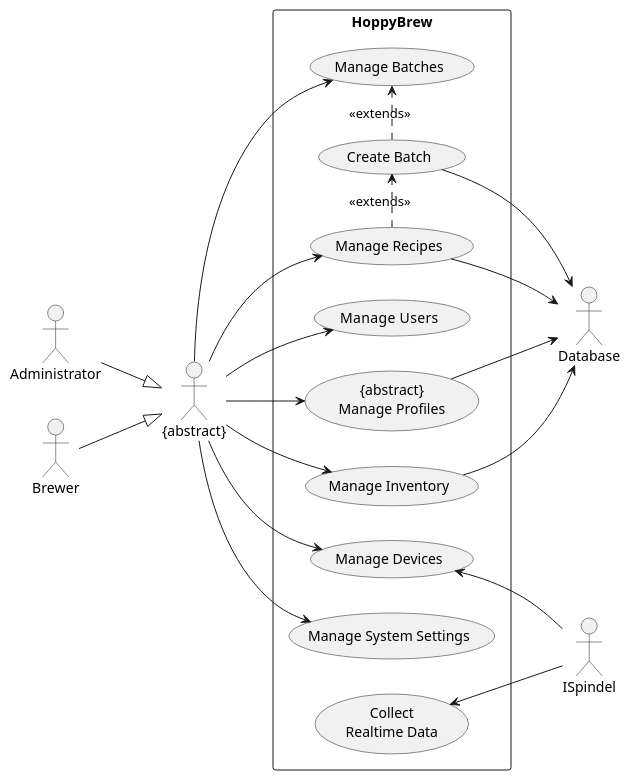
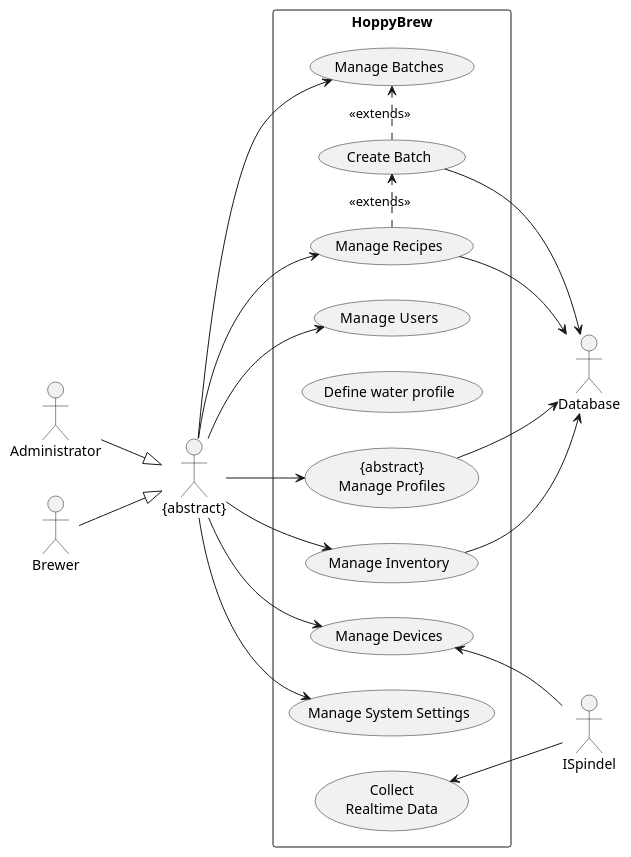
One commit to asbor/iu-project-software-engineering changed the diagram in documents/01-Conception-Phase/plantuml/Use-Case-Diagram-HoppyBrew.puml. Above: the diagram before and after it, drawn with PlantUML. The commit also changed 6 other files, not shown here.

```diff
--- a/documents/01-Conception-Phase/plantuml/Use-Case-Diagram-HoppyBrew.puml
+++ b/documents/01-Conception-Phase/plantuml/Use-Case-Diagram-HoppyBrew.puml
@@ -1,48 +1,48 @@
 @startuml
 
 left to right direction
 
 actor Administrator as Admin
 actor Brewer as Brewer
 actor Database as DB
 actor ISpindel as ISpindel
 actor "{abstract}" as AbstractUser
 
 Admin --|> AbstractUser
 Brewer --|> AbstractUser
 
 rectangle "HoppyBrew" as HoppyBrew {
     usecase "Manage  Users" as ManageUsers
     usecase "Manage Recipes" as ManageRecipes
+    usecase "Define water profile" as DefineWaterProfile
     usecase "Create Batch" as CreateBatch
     usecase "Manage Batches" as ManageBatches
     usecase "{abstract}\nManage Profiles" as ManageProfiles
     usecase "Manage Devices" as ManageDevices
     usecase "Manage Inventory" as ManageInventory
     usecase "Manage System Settings" as ManageSystemSettings
     usecase "Collect\nRealtime Data" as CollectRealtimeData
-
 
     AbstractUser --> ManageUsers
     AbstractUser --> ManageRecipes
     AbstractUser --> ManageBatches
     AbstractUser --> ManageProfiles
     AbstractUser --> ManageDevices
     AbstractUser --> ManageInventory
     AbstractUser --> ManageSystemSettings
 
     CreateBatch .> ManageBatches : <<extends>>
 
     ManageRecipes .> CreateBatch : <<extends>>
     CreateBatch --> DB
 
 }
 
     ManageInventory --> DB
     ManageRecipes --> DB
     ManageProfiles --> DB
     
     ManageDevices <-- ISpindel
     CollectRealtimeData <-- ISpindel
     
 @enduml
```
